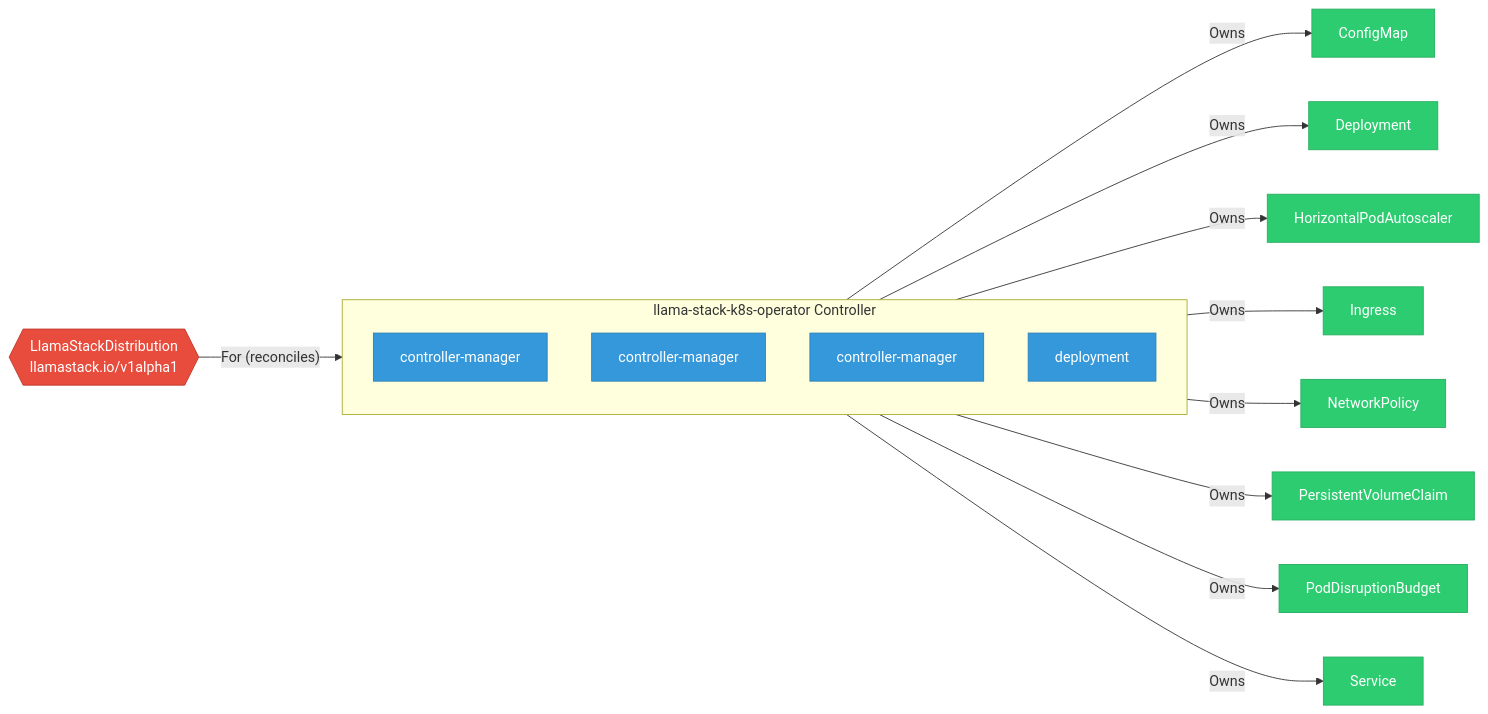
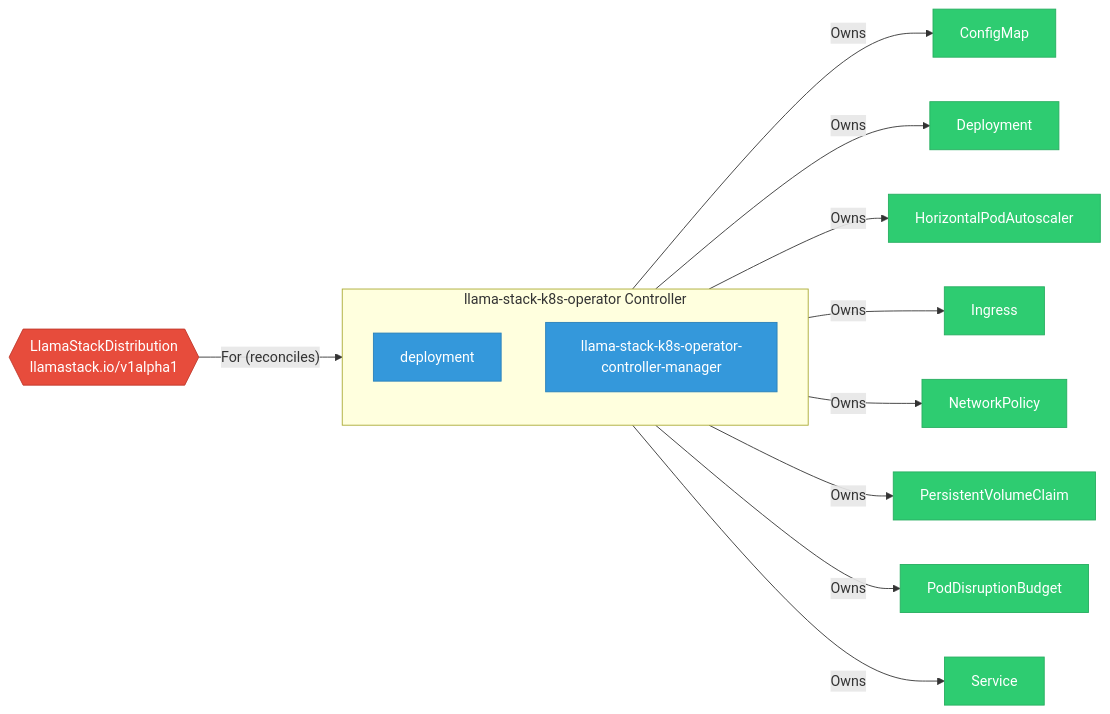
Before and after one commit to ugiordan/architecture-analyzer: the diagram in site/docs/odh-platform/components/llama_stack_k8s_operator/index.md, drawn with Mermaid. The commit also changed other lines of this file and 299 other files, not shown here.

````diff
--- a/site/docs/odh-platform/components/llama_stack_k8s_operator/index.md
+++ b/site/docs/odh-platform/components/llama_stack_k8s_operator/index.md
@@ -25,41 +25,37 @@
 ```mermaid
 graph LR
     %% Component architecture for llama-stack-k8s-operator
 
     classDef crd fill:#e74c3c,stroke:#c0392b,color:#fff
     classDef controller fill:#3498db,stroke:#2980b9,color:#fff
     classDef owned fill:#2ecc71,stroke:#27ae60,color:#fff
     classDef external fill:#95a5a6,stroke:#7f8c8d,color:#fff
     classDef dep fill:#f39c12,stroke:#e67e22,color:#fff
 
     subgraph controller["llama-stack-k8s-operator Controller"]
-        dep_1["controller-manager"]
+        dep_1["deployment"]
         class dep_1 controller
-        dep_2["controller-manager"]
+        dep_2["llama-stack-k8s-operator-controller-manager"]
         class dep_2 controller
-        dep_3["controller-manager"]
-        class dep_3 controller
-        dep_4["deployment"]
-        class dep_4 controller
     end
 
     crd_LlamaStackDistribution{{"LlamaStackDistribution\nllamastack.io/v1alpha1"}}
     class crd_LlamaStackDistribution crd
     crd_LlamaStackDistribution -->|"For (reconciles)"| controller
-    controller -->|"Owns"| owned_5["ConfigMap"]
+    controller -->|"Owns"| owned_3["ConfigMap"]
+    class owned_3 owned
+    controller -->|"Owns"| owned_4["Deployment"]
+    class owned_4 owned
+    controller -->|"Owns"| owned_5["HorizontalPodAutoscaler"]
     class owned_5 owned
-    controller -->|"Owns"| owned_6["Deployment"]
+    controller -->|"Owns"| owned_6["Ingress"]
     class owned_6 owned
-    controller -->|"Owns"| owned_7["HorizontalPodAutoscaler"]
+    controller -->|"Owns"| owned_7["NetworkPolicy"]
     class owned_7 owned
-    controller -->|"Owns"| owned_8["Ingress"]
+    controller -->|"Owns"| owned_8["PersistentVolumeClaim"]
     class owned_8 owned
-    controller -->|"Owns"| owned_9["NetworkPolicy"]
+    controller -->|"Owns"| owned_9["PodDisruptionBudget"]
     class owned_9 owned
-    controller -->|"Owns"| owned_10["PersistentVolumeClaim"]
+    controller -->|"Owns"| owned_10["Service"]
     class owned_10 owned
-    controller -->|"Owns"| owned_11["PodDisruptionBudget"]
-    class owned_11 owned
-    controller -->|"Owns"| owned_12["Service"]
-    class owned_12 owned
 ```
````
